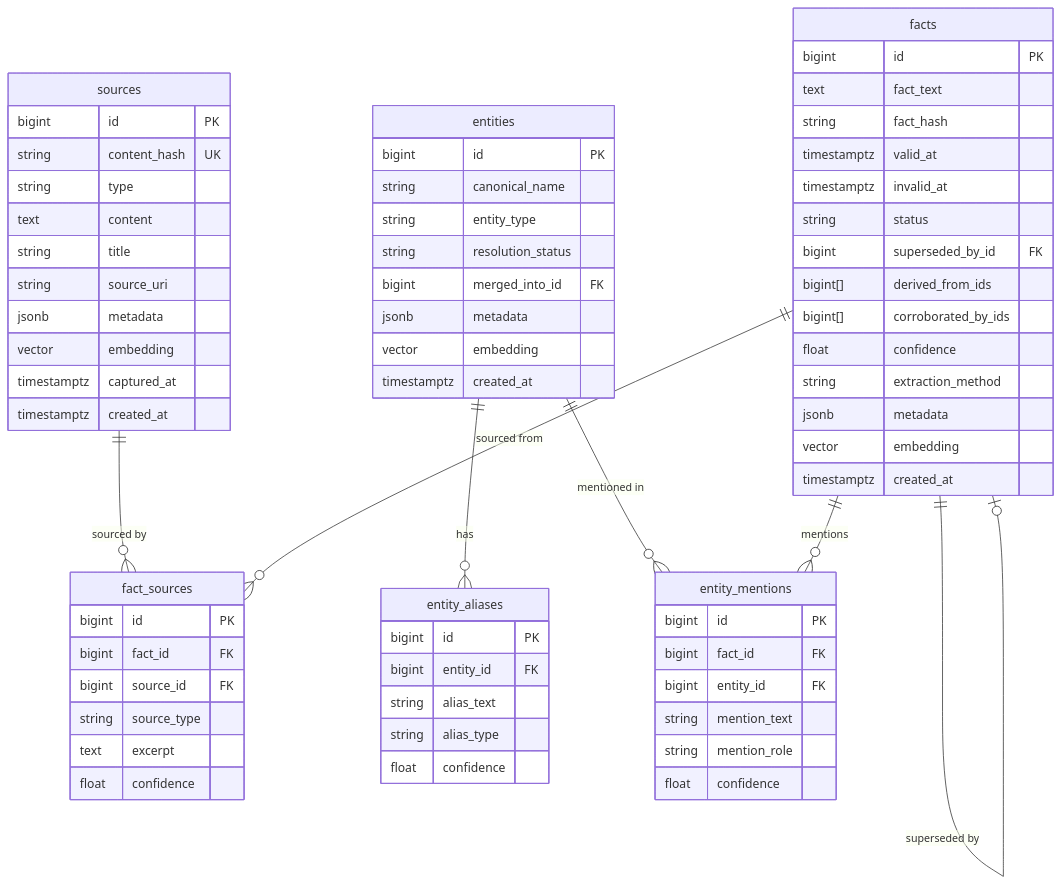
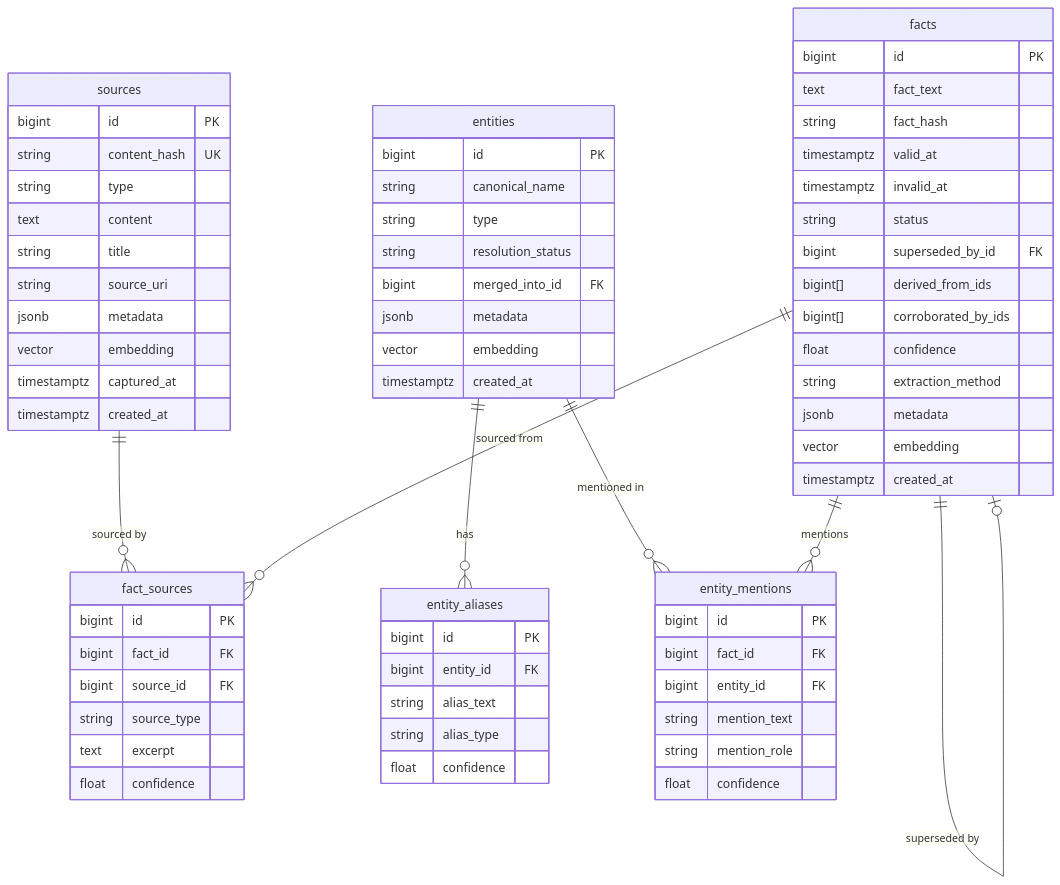
The diagram in docs/architecture/database-schema.md (MadBomber/fact_db), drawn with Mermaid before and after one commit. The commit also changed other lines of this file and 26 other files, not shown here.

First line of the commit message:
refactor(database): rename `entity_type` column to `type`

````diff
--- a/docs/architecture/database-schema.md
+++ b/docs/architecture/database-schema.md
@@ -7,76 +7,76 @@
 ```mermaid
 erDiagram
     sources ||--o{ fact_sources : "sourced by"
     entities ||--o{ entity_aliases : "has"
     entities ||--o{ entity_mentions : "mentioned in"
     facts ||--o{ entity_mentions : "mentions"
     facts ||--o{ fact_sources : "sourced from"
     facts ||--o| facts : "superseded by"
 
     sources {
         bigint id PK
         string content_hash UK
         string type
         text content
         string title
         string source_uri
         jsonb metadata
         vector embedding
         timestamptz captured_at
         timestamptz created_at
     }
 
     entities {
         bigint id PK
         string canonical_name
-        string entity_type
+        string type
         string resolution_status
         bigint merged_into_id FK
         jsonb metadata
         vector embedding
         timestamptz created_at
     }
 
     entity_aliases {
         bigint id PK
         bigint entity_id FK
         string alias_text
         string alias_type
         float confidence
     }
 
     facts {
         bigint id PK
         text fact_text
         string fact_hash
         timestamptz valid_at
         timestamptz invalid_at
         string status
         bigint superseded_by_id FK
         bigint[] derived_from_ids
         bigint[] corroborated_by_ids
         float confidence
         string extraction_method
         jsonb metadata
         vector embedding
         timestamptz created_at
     }
 
     entity_mentions {
         bigint id PK
         bigint fact_id FK
         bigint entity_id FK
         string mention_text
         string mention_role
         float confidence
     }
 
     fact_sources {
         bigint id PK
         bigint fact_id FK
         bigint source_id FK
         string source_type
         text excerpt
         float confidence
     }
 ```
````
